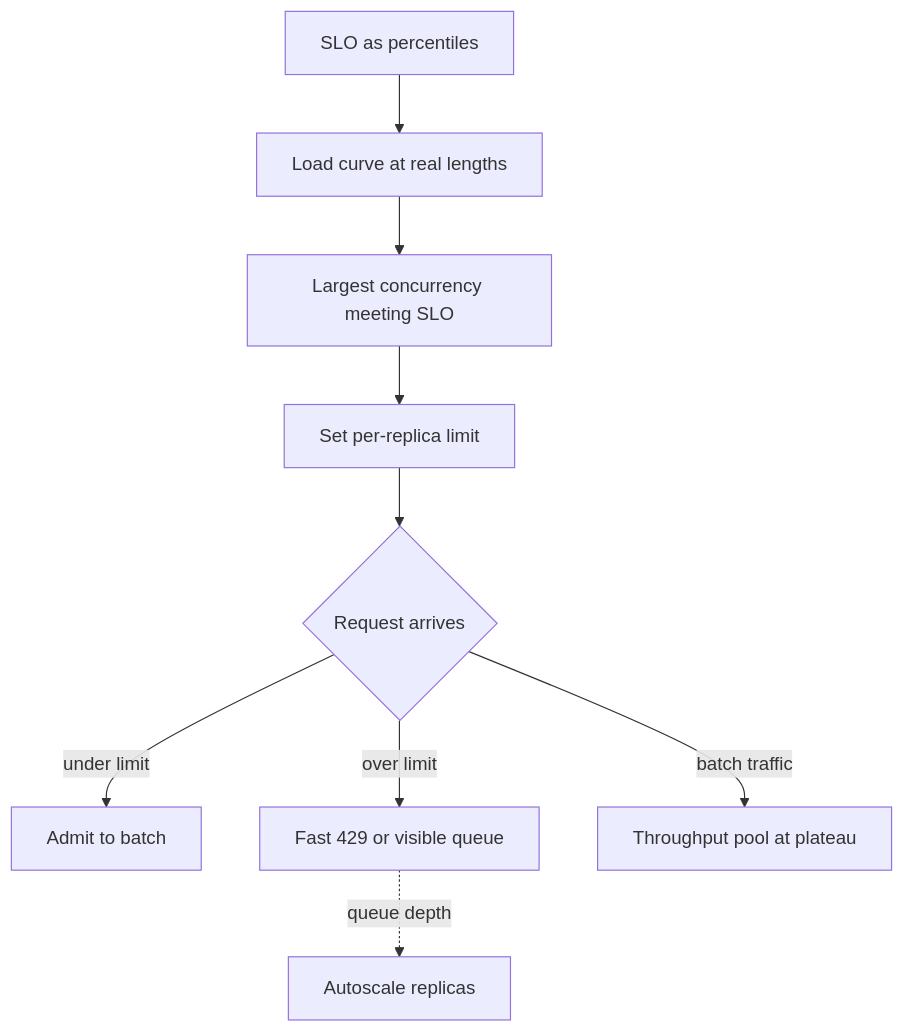
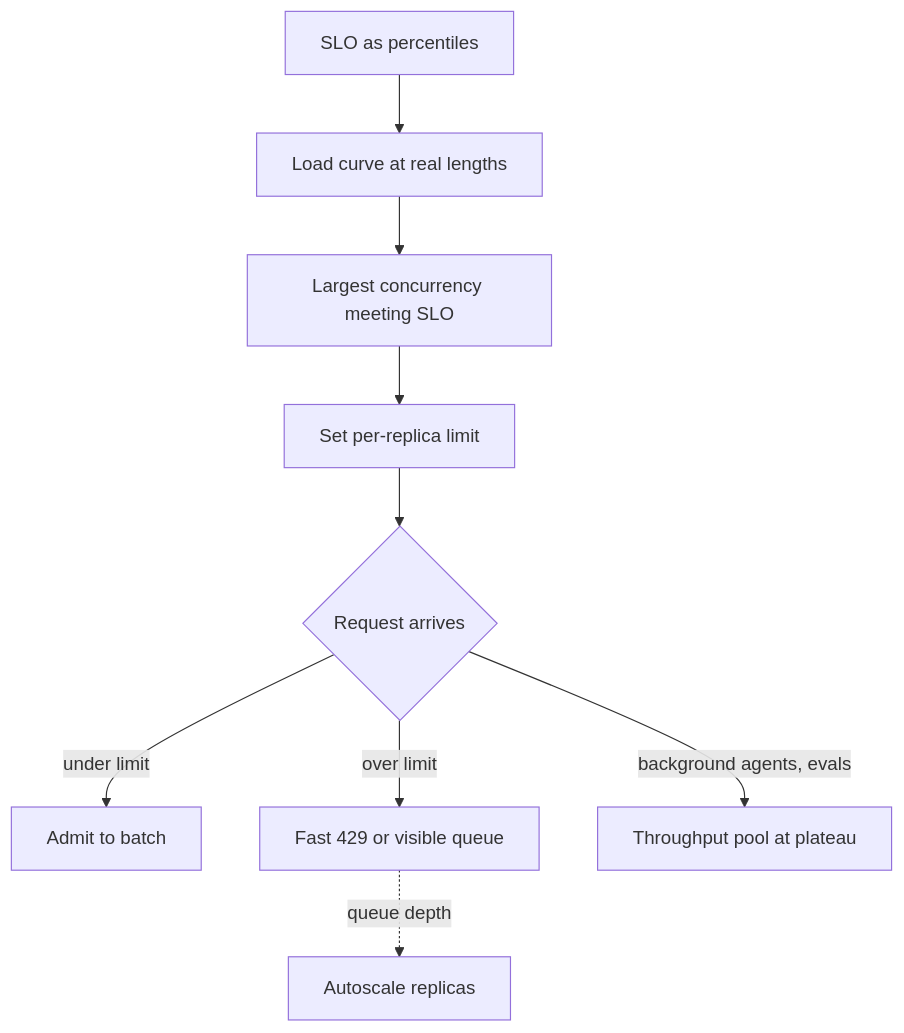
One commit to lovishmahajan97/agentic-learning changed the diagram in content/serving-inference/throughput-vs-latency.md. Above: the diagram before and after it, drawn with Mermaid. The commit also changed other lines of this file and 266 other files, not shown here.

````diff
--- a/content/serving-inference/throughput-vs-latency.md
+++ b/content/serving-inference/throughput-vs-latency.md
@@ -118,11 +139,11 @@
 ```mermaid
 flowchart TD
     S["SLO as percentiles"] --> L["Load curve at real lengths"]
     L --> K["Largest concurrency meeting SLO"]
     K --> C["Set per-replica limit"]
     C --> R{"Request arrives"}
     R -->|"under limit"| A["Admit to batch"]
     R -->|"over limit"| X["Fast 429 or visible queue"]
-    R -->|"batch traffic"| B["Throughput pool at plateau"]
+    R -->|"background agents, evals"| B["Throughput pool at plateau"]
     X -.->|"queue depth"| H["Autoscale replicas"]
 ```
````
